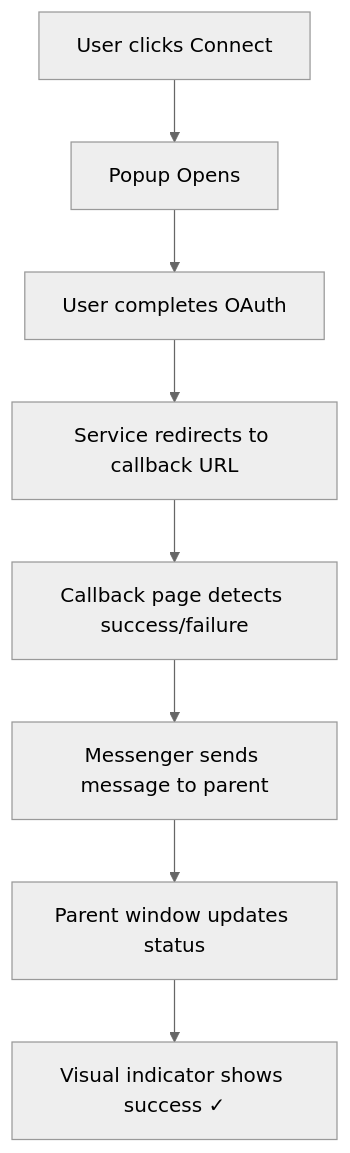
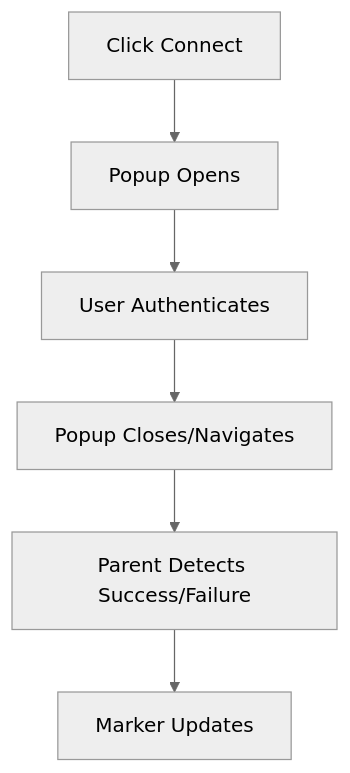
Before and after one commit to Ady-cod/POC_HRMS_NextJS_ExpressJS: the diagram in hrms-frontend-nextjs/CONNECTION_SYSTEM_README.md, drawn with Mermaid (neutral theme). The commit also changed other lines of this file and 9 other files, not shown here.

First line of the commit message:
refactor: persist connection markers and remove legacy test flow

````diff
--- a/hrms-frontend-nextjs/CONNECTION_SYSTEM_README.md
+++ b/hrms-frontend-nextjs/CONNECTION_SYSTEM_README.md
@@ -21,10 +22,8 @@
 ```mermaid
 graph TD
-    A[User clicks Connect] --> B[Popup Opens]
-    B --> C[User completes OAuth]
-    C --> D[Service redirects to callback URL]
-    D --> E[Callback page detects success/failure]
-    E --> F[Messenger sends message to parent]
-    F --> G[Parent window updates status]
-    G --> H[Visual indicator shows success ✓]
+    A[Click Connect] --> B[Popup Opens]
+    B --> C[User Authenticates]
+    C --> D[Popup Closes/Navigates]
+    D --> E[Parent Detects Success/Failure]
+    E --> F[Marker Updates]
 ```
````
